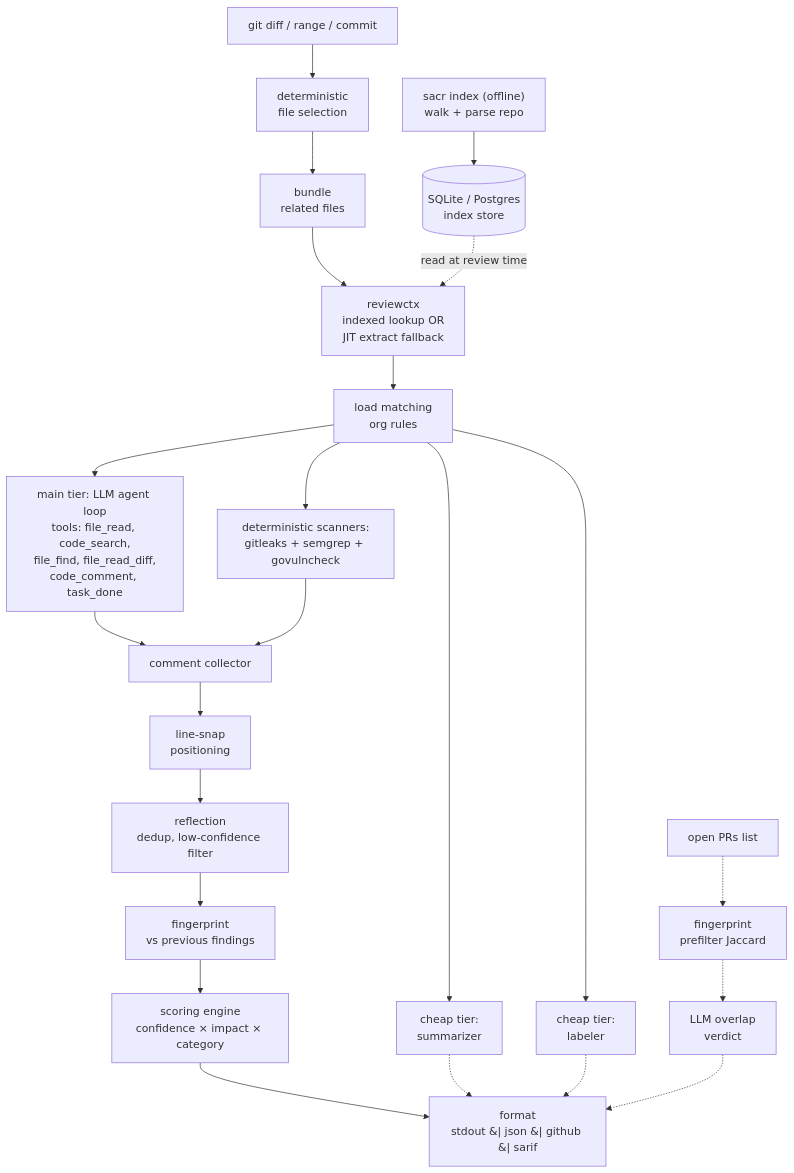
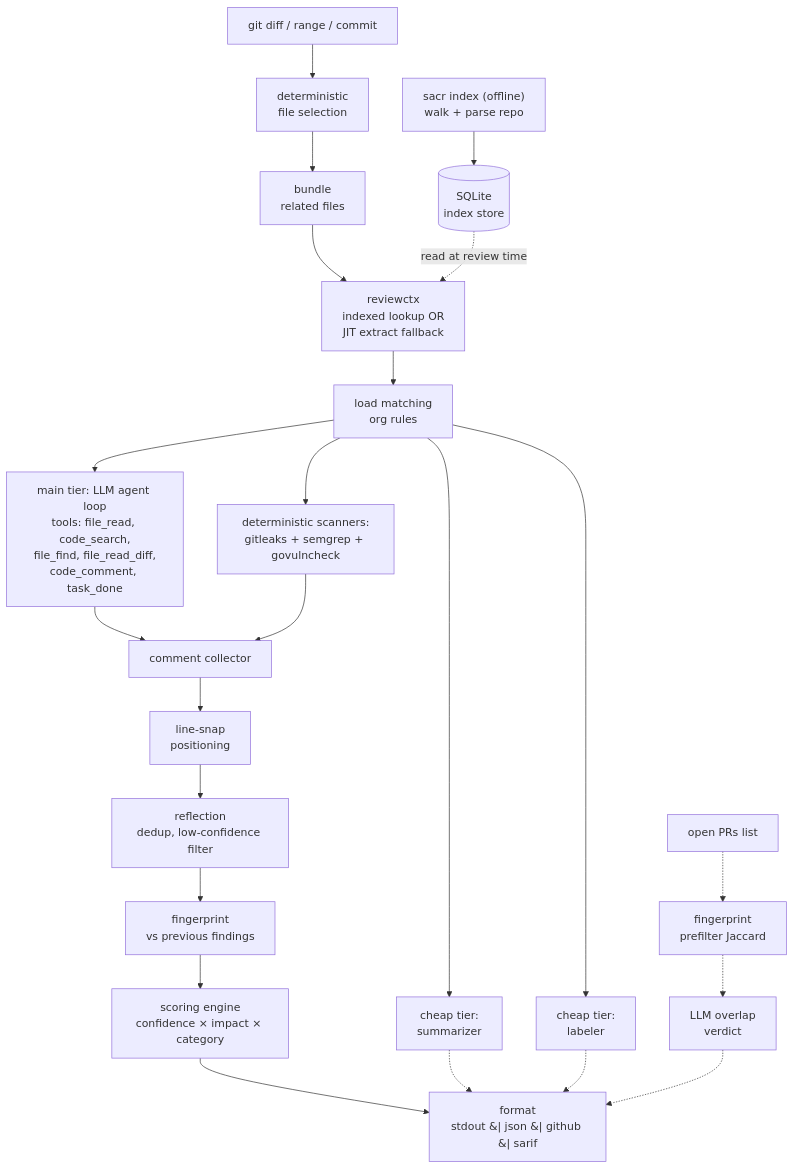
Before and after one commit to shubam-disseqt/shubam-ai-code-reviewer: the diagram in docs/ARCHITECTURE.md, drawn with Mermaid. The commit also changed other lines of this file and 18 other files, not shown here.

````diff
--- a/docs/ARCHITECTURE.md
+++ b/docs/ARCHITECTURE.md
@@ -31,29 +31,29 @@
 ```mermaid
 flowchart TD
-    IX0["sacr index (offline)<br/>walk + parse repo"] --> IX1[(SQLite / Postgres<br/>index store)]
+    IX0["sacr index (offline)<br/>walk + parse repo"] --> IX1[(SQLite<br/>index store)]
 
     A[git diff / range / commit] --> B[deterministic<br/>file selection]
     B --> C[bundle<br/>related files]
     C --> D["reviewctx<br/>indexed lookup OR<br/>JIT extract fallback"]
     IX1 -. read at review time .-> D
     D --> E[load matching<br/>org rules]
 
     E --> S1[cheap tier:<br/>summarizer]
     E --> S2[cheap tier:<br/>labeler]
     E --> S3[deterministic scanners:<br/>gitleaks + semgrep + govulncheck]
     E --> F[main tier: LLM agent loop<br/>tools: file_read, code_search,<br/>file_find, file_read_diff,<br/>code_comment, task_done]
 
     F --> G[comment collector]
     S3 --> G
     G --> H[line-snap<br/>positioning]
     H --> I[reflection<br/>dedup, low-confidence filter]
     I --> P[fingerprint<br/>vs previous findings]
     P --> Q[scoring engine<br/>confidence × impact × category]
     Q --> J[format<br/>stdout &#124; json &#124; github &#124; sarif]
     S1 -.-> J
     S2 -.-> J
 
     K[open PRs list] -.-> L[fingerprint<br/>prefilter Jaccard]
     L -.-> M[LLM overlap<br/>verdict]
     M -.-> J
 ```
````
